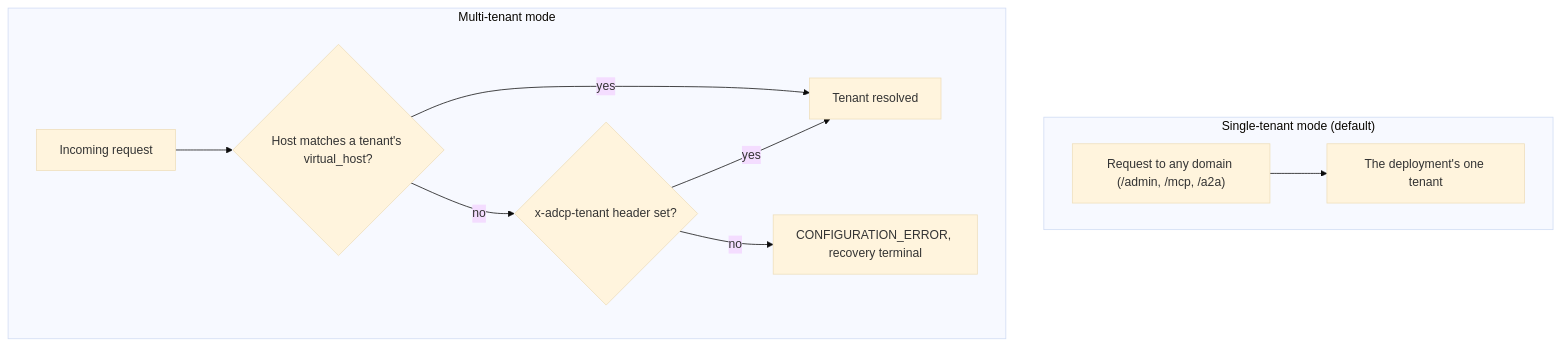
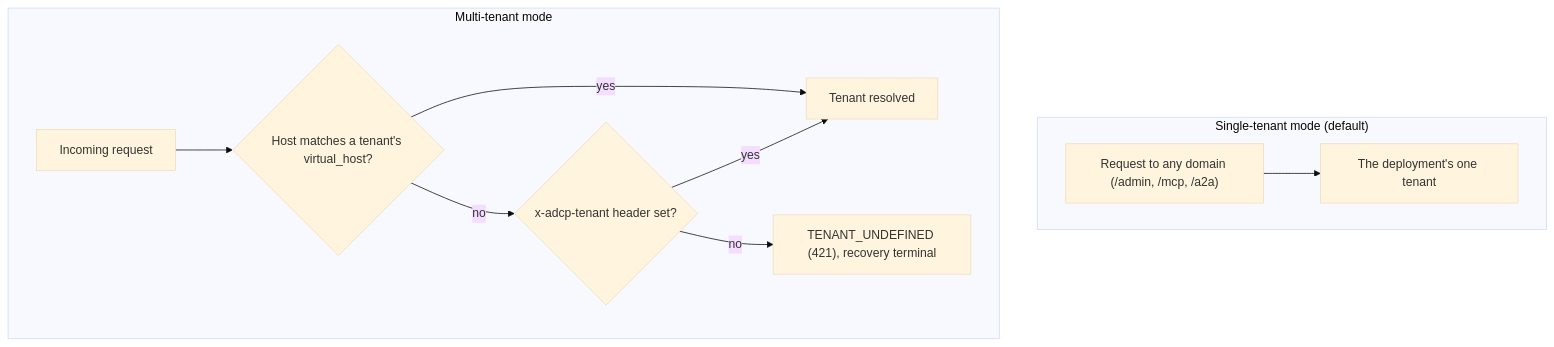
The diagram in docs/deployment/multi-tenant.md (prebid/salesagent), drawn with Mermaid (base theme) before and after one commit. The commit also changed other lines of this file and 10 other files, not shown here.

````diff
--- a/docs/deployment/multi-tenant.md
+++ b/docs/deployment/multi-tenant.md
@@ -29,14 +29,14 @@
 ```mermaid
 flowchart TD
     subgraph Single["Single-tenant mode (default)"]
         SReq["Request to any domain (/admin, /mcp, /a2a)"] --> STen["The deployment's one tenant"]
     end
 
     subgraph Multi["Multi-tenant mode"]
         MReq["Incoming request"] --> VH{"Host matches a tenant's virtual_host?"}
         VH -- yes --> Ten["Tenant resolved"]
         VH -- no --> XH{"x-adcp-tenant header set?"}
         XH -- yes --> Ten
-        XH -- no --> Err["CONFIGURATION_ERROR, recovery terminal"]
+        XH -- no --> Err["TENANT_UNDEFINED (421), recovery terminal"]
     end
 ```
````
